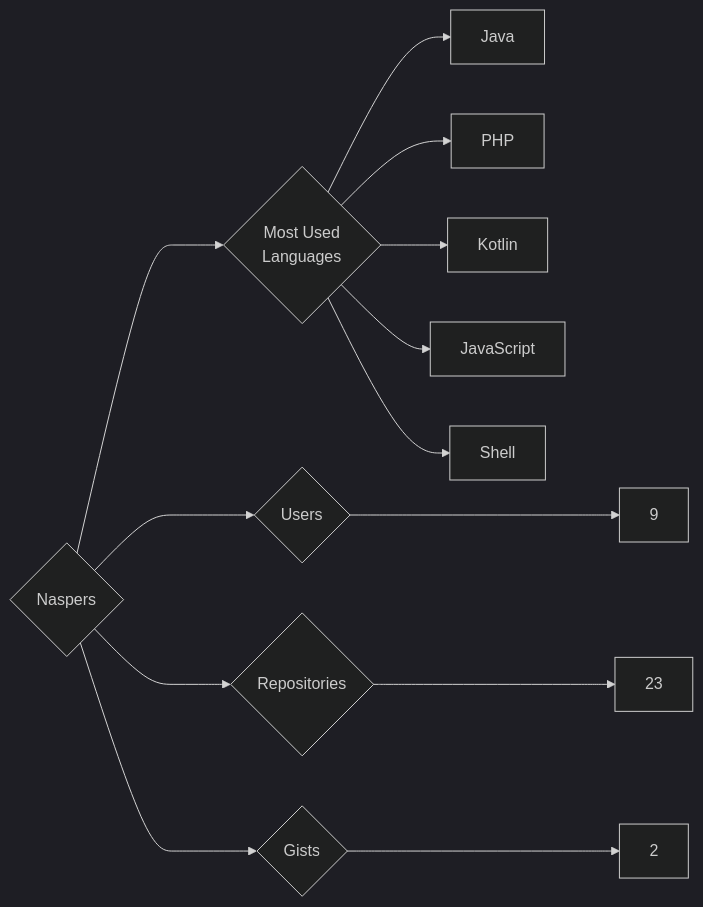
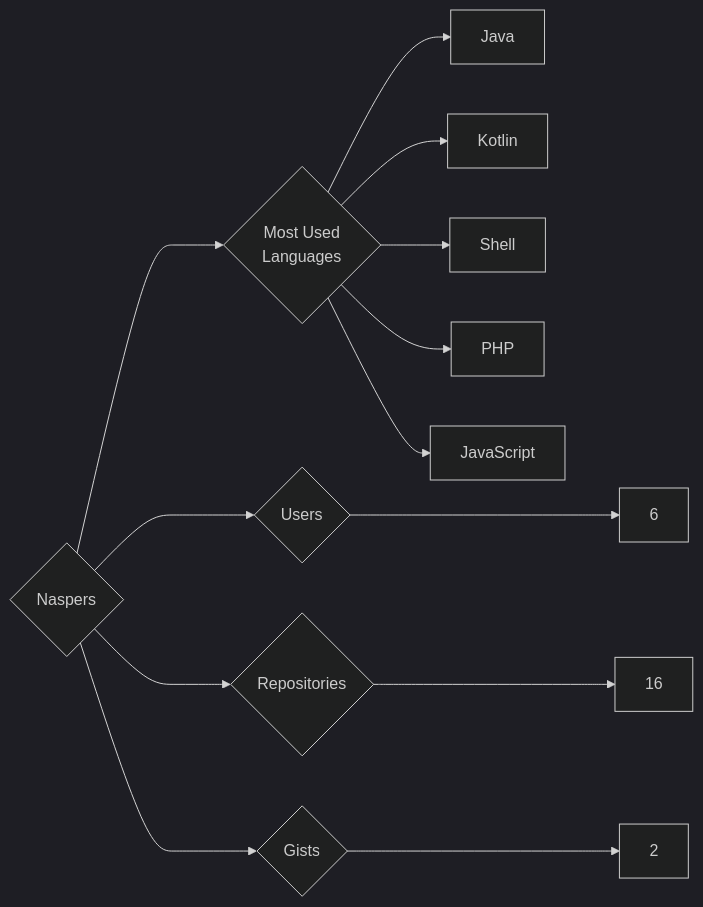
One commit to trickest/insiders changed the diagram in targets/Naspers/README.md. Above: the diagram before and after it, drawn with Mermaid (dark theme). The commit also changed 912 other files, not shown here.

````diff
--- a/targets/Naspers/README.md
+++ b/targets/Naspers/README.md
@@ -3,13 +3,13 @@
 ```mermaid
 graph LR
 COMPANY_NAME{Naspers}
-COMPANY_NAME ---> U{Users} ---> UN[9]
-COMPANY_NAME ---> R{Repositories} ---> RN[23]
+COMPANY_NAME ---> U{Users} ---> UN[6]
+COMPANY_NAME ---> R{Repositories} ---> RN[16]
 COMPANY_NAME ---> G{Gists} ---> GN[2]
 COMPANY_NAME ---> ML{Most Used<br>Languages}
 ML --> Java[Java]
+ML --> Kotlin[Kotlin]
+ML --> Shell[Shell]
 ML --> PHP[PHP]
-ML --> Kotlin[Kotlin]
 ML --> JavaScript[JavaScript]
-ML --> Shell[Shell]
 ```
````
